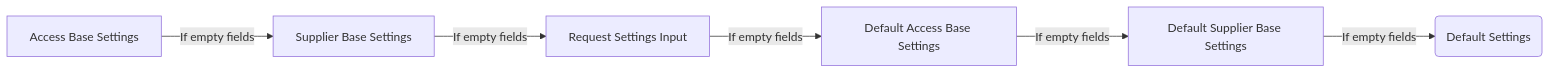
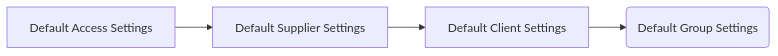
Before and after one commit to travelgateX/documentation-site: the second of 2 diagrams in content/hotelx/concepts/settings.md, drawn with Mermaid. The commit also changed other lines of this file, not shown here.

Commit message:
Refactor settings

```diff
--- a/content/hotelx/concepts/settings.md
+++ b/content/hotelx/concepts/settings.md
@@ -143,8 +130,6 @@
-{{<mermaid align="left">}}
+{{<mermaid align="left">}} 
 graph LR;
-    A[Access Base Settings] -->|If empty fields| B(Supplier Base Settings)
-    B[Supplier Base Settings] -->|If empty fields| C(Request Settings Input)
-    C[Request Settings Input] -->|If empty fields| D(Default Access Base Settings)
-    D[Default Access Base Settings] -->|If empty fields| E(Default Supplier Base Settings)
-    E[Default Supplier Base Settings] -->|If empty fields| F(Default Settings)
+    D[Default Access Settings] --> E(Default Supplier Settings)
+    E[Default Supplier Settings] --> F(Default Client Settings)
+    F[Default Client Settings] --> G(Default Group Settings)
 {{< /mermaid >}}
```
